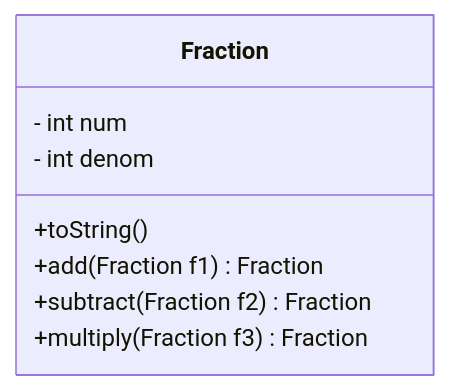
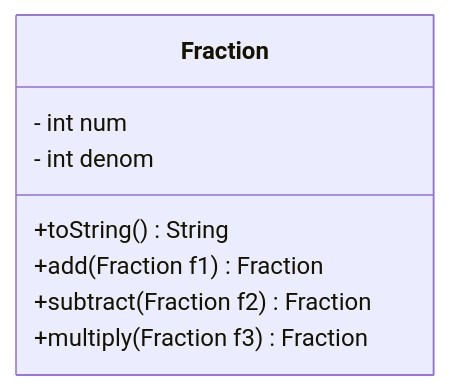
Before and after one commit to 0x9ONU/Obsidian-Notes: the diagram in Programming 2/Week 4/Programming 2 Week 4 - Day 1.md, drawn with Mermaid.

Commit message:
vault backup: 2023-02-13 09:34:05

````diff
--- a/Programming 2/Week 4/Programming 2 Week 4 - Day 1.md
+++ b/Programming 2/Week 4/Programming 2 Week 4 - Day 1.md
@@ -37,14 +37,14 @@
 ```mermaid
 classDiagram
 
 class Fraction {
     - int num
     - int denom
-    +toString()
+    +toString() String
     +add(Fraction f1) Fraction
     +subtract(Fraction f2) Fraction
     +multiply(Fraction f3) Fraction
 }
 
 
 ```
````
